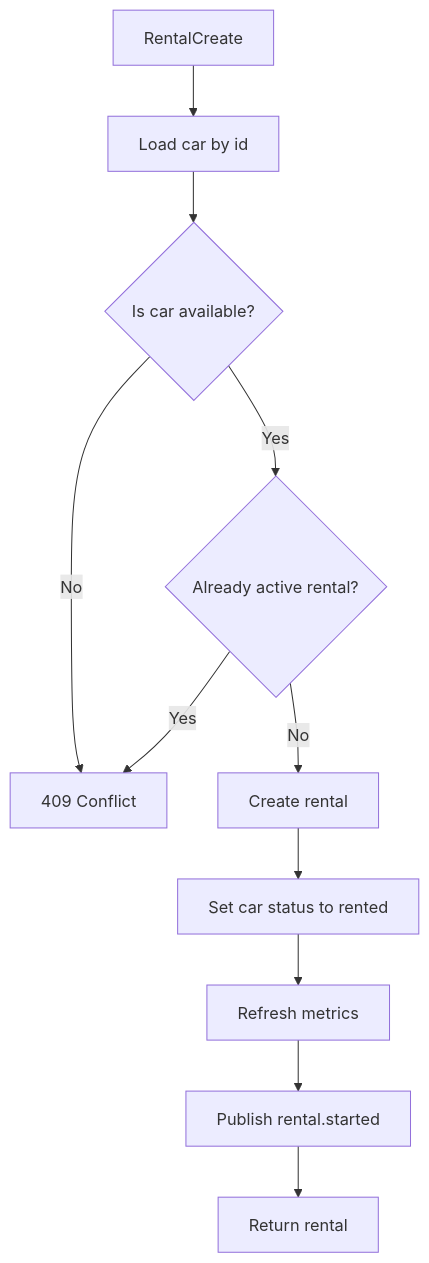
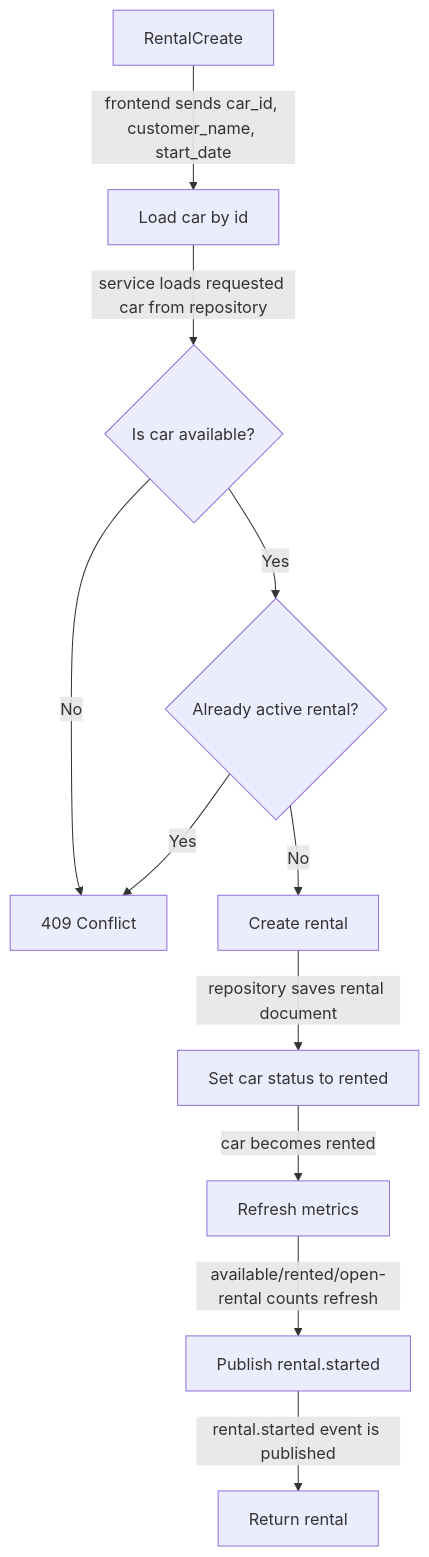
One commit to YonatanMoshes/Rental changed the fifth of 15 diagrams in README.md. Above: the diagram before and after it, drawn with Mermaid. The commit also changed other lines of this file, not shown here.

Commit message:
Clarify README diagrams and layer explanations

````diff
--- a/README.md
+++ b/README.md
@@ -531,23 +289,23 @@
 ```mermaid
 flowchart TB
     Request["RentalCreate"]
     LoadCar["Load car by id"]
     CheckStatus{"Is car available?"}
     CheckActive{"Already active rental?"}
     CreateRental["Create rental"]
     UpdateCar["Set car status to rented"]
     Metrics["Refresh metrics"]
     Queue["Publish rental.started"]
     Response["Return rental"]
 
-    Request --> LoadCar
-    LoadCar --> CheckStatus
+    Request -->|"frontend sends car_id, customer_name, start_date"| LoadCar
+    LoadCar -->|"service loads requested car from repository"| CheckStatus
     CheckStatus -->|No| Reject["409 Conflict"]
     CheckStatus -->|Yes| CheckActive
     CheckActive -->|Yes| Reject
     CheckActive -->|No| CreateRental
-    CreateRental --> UpdateCar
-    UpdateCar --> Metrics
-    Metrics --> Queue
-    Queue --> Response
+    CreateRental -->|"repository saves rental document"| UpdateCar
+    UpdateCar -->|"car becomes rented"| Metrics
+    Metrics -->|"available/rented/open-rental counts refresh"| Queue
+    Queue -->|"rental.started event is published"| Response
 ```
````
